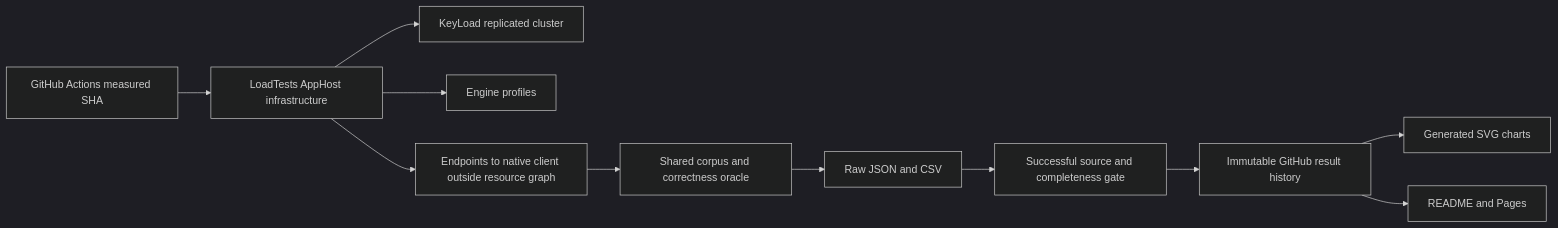
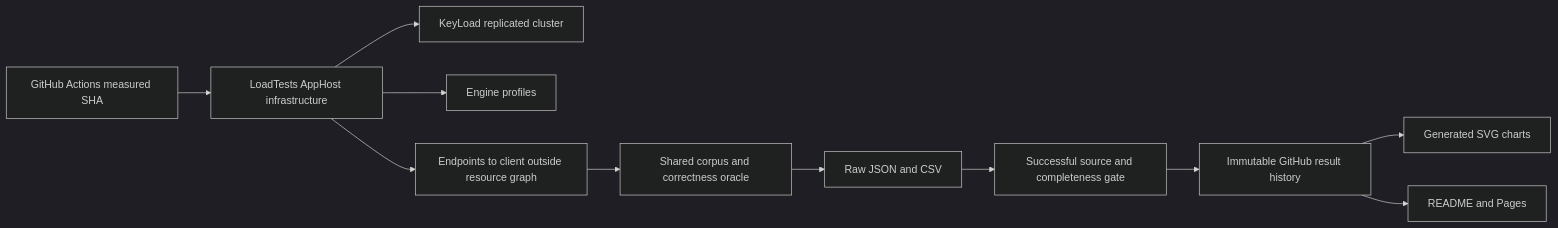
Before and after one commit to managedcode/KeyLoad: the second of 11 diagrams in docs/Features/BenchmarkComparisons.md, drawn with Mermaid (dark theme). The commit also changed other lines of this file and 9016 other files, not shown here.

````diff
--- a/docs/Features/BenchmarkComparisons.md
+++ b/docs/Features/BenchmarkComparisons.md
@@ -138,13 +138,13 @@
 ```mermaid
 flowchart LR
     CI[GitHub Actions measured SHA] --> Aspire[LoadTests AppHost infrastructure]
     Aspire --> KeyLoad[KeyLoad replicated cluster]
     Aspire --> Engines[Engine profiles]
-    Aspire --> Runner[Endpoints to native client outside resource graph]
+    Aspire --> Runner[Endpoints to client outside resource graph]
     Runner --> Oracle[Shared corpus and correctness oracle]
     Oracle --> JSON[Raw JSON and CSV]
     JSON --> Gate[Successful source and completeness gate]
     Gate --> History[Immutable GitHub result history]
     History --> Charts[Generated SVG charts]
     History --> Site[README and Pages]
 ```
````
